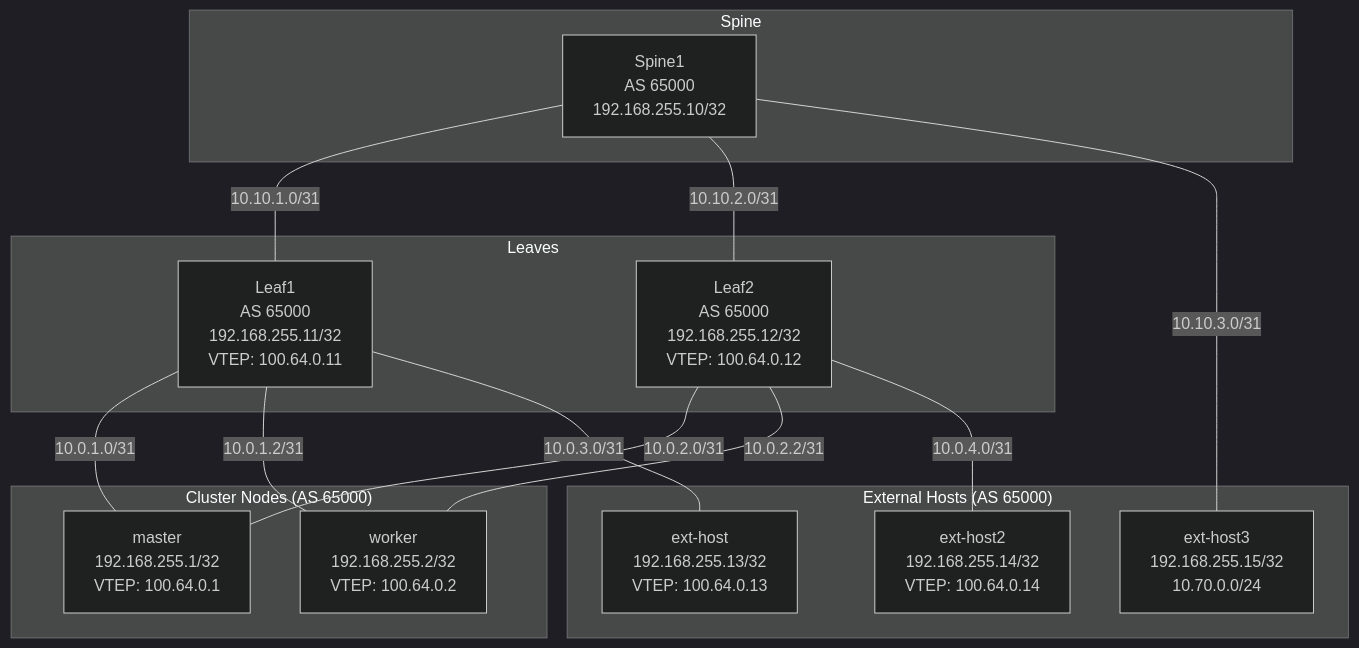
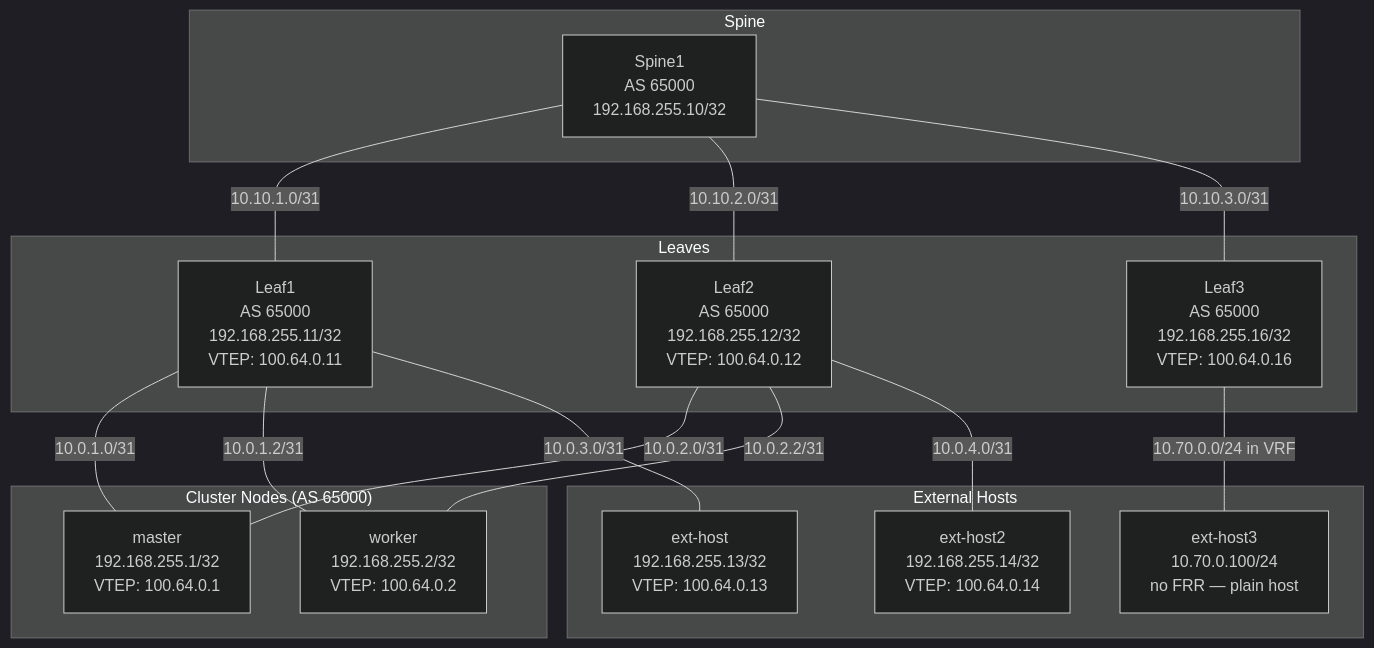
Before and after one commit to dave-tucker/hands-on-labs: the first of 2 diagrams in docs/labs/04-bgp-evpn/index.md, drawn with Mermaid (dark theme). The commit also changed other lines of this file, not shown here.

First line of the commit message:
docs/04-bgp-evpn: sync with leaf3 topology and fix pod IP commands

````diff
--- a/docs/labs/04-bgp-evpn/index.md
+++ b/docs/labs/04-bgp-evpn/index.md
@@ -16,34 +16,37 @@
 ```mermaid
 graph TB
     subgraph Spine
         S1[Spine1<br/>AS 65000<br/>192.168.255.10/32]
     end
     
     subgraph Leaves
         L1[Leaf1<br/>AS 65000<br/>192.168.255.11/32<br/>VTEP: 100.64.0.11]
         L2[Leaf2<br/>AS 65000<br/>192.168.255.12/32<br/>VTEP: 100.64.0.12]
+        L3[Leaf3<br/>AS 65000<br/>192.168.255.16/32<br/>VTEP: 100.64.0.16]
     end
     
     subgraph Cluster["Cluster Nodes (AS 65000)"]
         M[master<br/>192.168.255.1/32<br/>VTEP: 100.64.0.1]
         W[worker<br/>192.168.255.2/32<br/>VTEP: 100.64.0.2]
     end
     
-    subgraph External["External Hosts (AS 65000)"]
+    subgraph External["External Hosts"]
         EH[ext-host<br/>192.168.255.13/32<br/>VTEP: 100.64.0.13]
         EH2[ext-host2<br/>192.168.255.14/32<br/>VTEP: 100.64.0.14]
-        EH3[ext-host3<br/>192.168.255.15/32<br/>10.70.0.0/24]
+        EH3[ext-host3<br/>10.70.0.100/24<br/>no FRR — plain host]
     end
     
     S1 ---|10.10.1.0/31| L1
     S1 ---|10.10.2.0/31| L2
-    S1 ---|10.10.3.0/31| EH3
+    S1 ---|10.10.3.0/31| L3
     
     L1 ---|10.0.1.0/31| M
     L1 ---|10.0.1.2/31| W
     L1 ---|10.0.3.0/31| EH
     
     L2 ---|10.0.2.0/31| M
     L2 ---|10.0.2.2/31| W
     L2 ---|10.0.4.0/31| EH2
+    
+    L3 ---|10.70.0.0/24 in VRF| EH3
 ```
````
